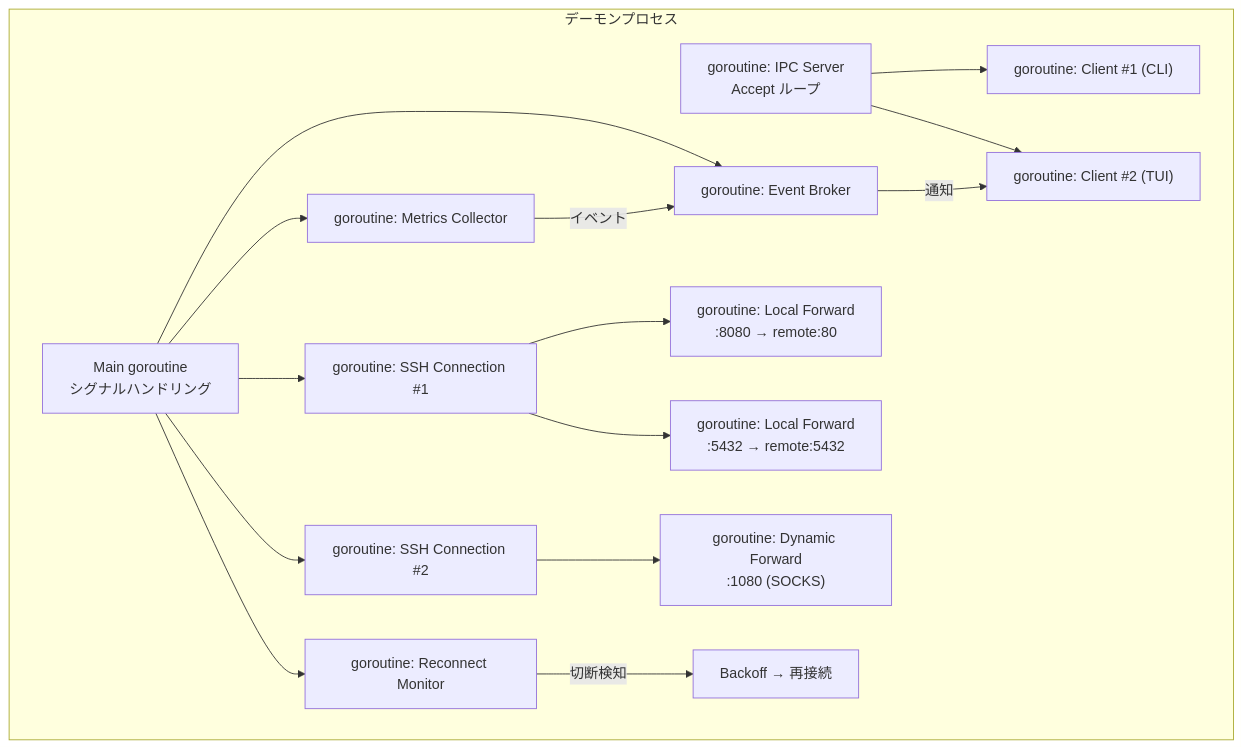
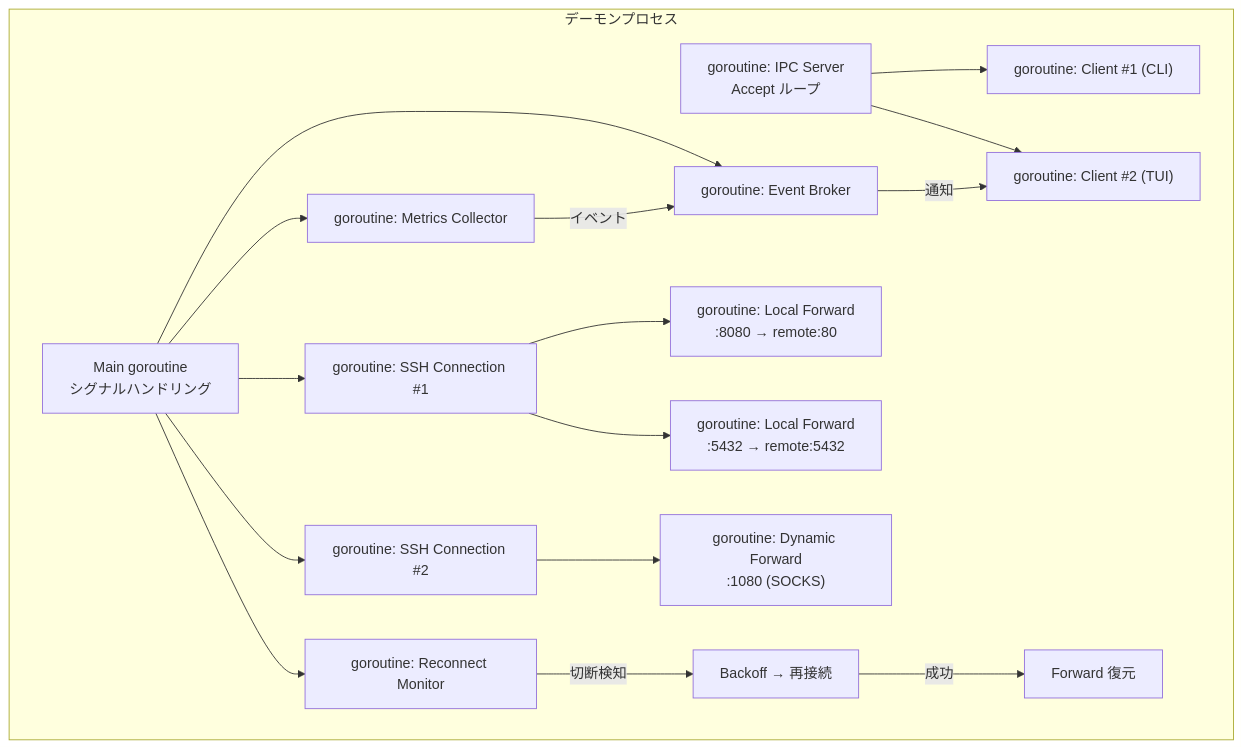
Before and after one commit to ousiassllc/MolePort: diagram 15 of 16 in docs/architecture/overview.md, drawn with Mermaid. The commit also changed other lines of this file, not shown here.

````diff
--- a/docs/architecture/overview.md
+++ b/docs/architecture/overview.md
@@ -612,24 +683,25 @@
 ```mermaid
 graph TD
     subgraph Daemon["デーモンプロセス"]
         Main["Main goroutine<br/>シグナルハンドリング"]
         IPC["goroutine: IPC Server<br/>Accept ループ"]
 
         IPC --> Client1["goroutine: Client #1 (CLI)"]
         IPC --> Client2["goroutine: Client #2 (TUI)"]
 
         Main --> Conn1["goroutine: SSH Connection #1"]
         Main --> Conn2["goroutine: SSH Connection #2"]
         Main --> Monitor["goroutine: Reconnect Monitor"]
         Main --> Metrics["goroutine: Metrics Collector"]
         Main --> Broker["goroutine: Event Broker"]
 
         Conn1 --> Fwd1["goroutine: Local Forward<br/>:8080 → remote:80"]
         Conn1 --> Fwd2["goroutine: Local Forward<br/>:5432 → remote:5432"]
         Conn2 --> Fwd3["goroutine: Dynamic Forward<br/>:1080 (SOCKS)"]
 
         Monitor --> |切断検知| Reconnect["Backoff → 再接続"]
+        Reconnect --> |成功| Restore["Forward 復元"]
         Metrics --> |イベント| Broker
         Broker --> |通知| Client2
     end
 ```
````
